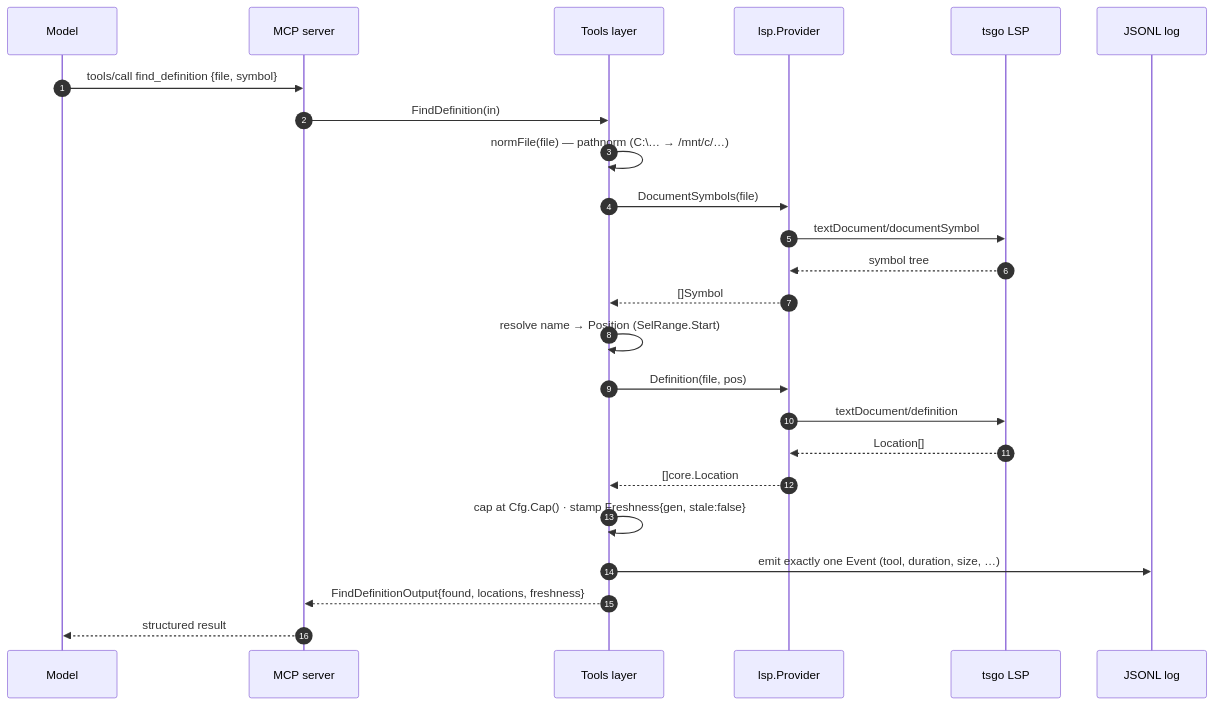
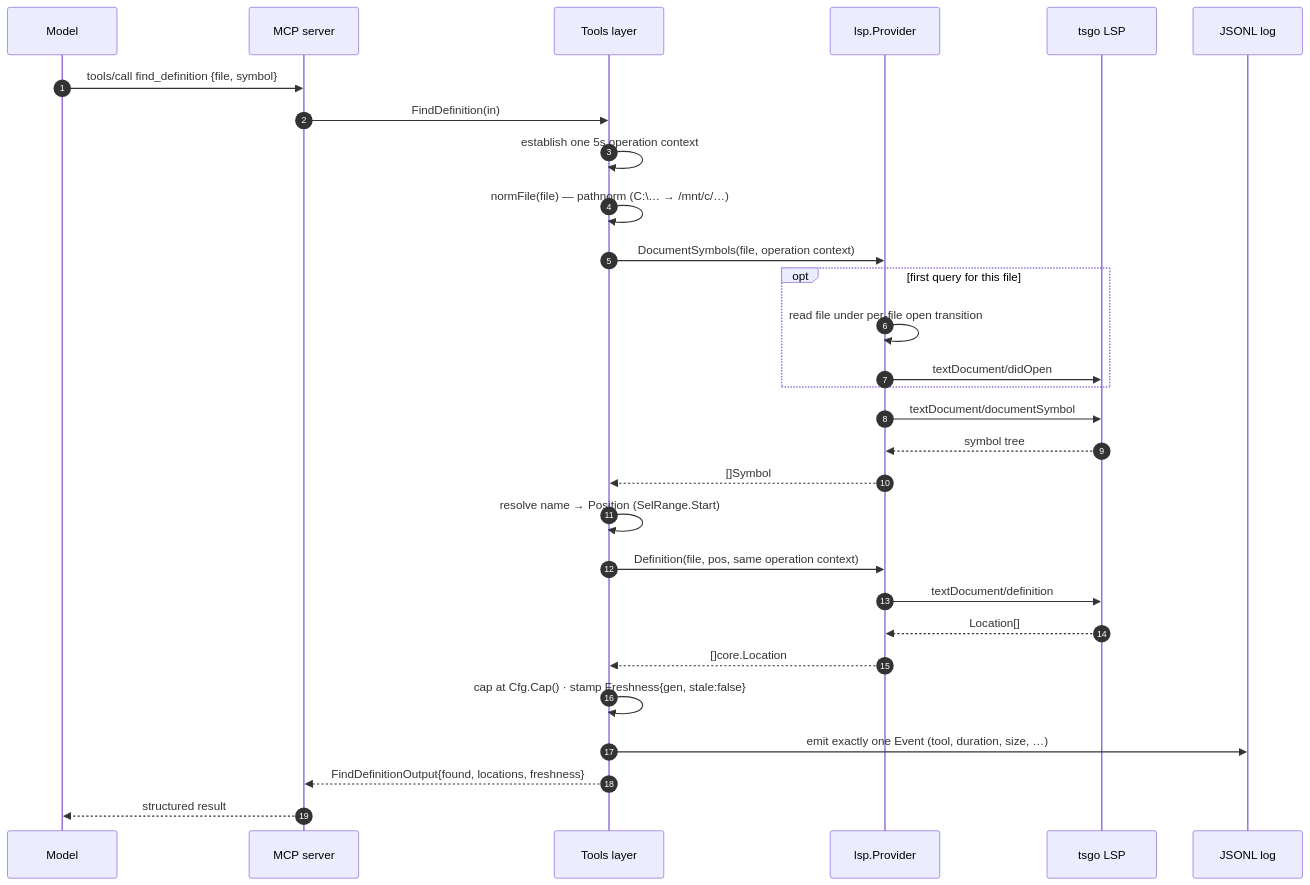
The second of 6 diagrams in ARCHITECTURE.md (skflowne/portolan), drawn with Mermaid before and after one commit. The commit also changed other lines of this file and 1 other file, not shown here.

Commit message:
Document whole-operation cancellation

````diff
--- a/ARCHITECTURE.md
+++ b/ARCHITECTURE.md
@@ -85,27 +85,32 @@
 ```mermaid
 sequenceDiagram
     autonumber
     participant M as Model
     participant S as MCP server
     participant T as Tools layer
     participant P as lsp.Provider
     participant G as tsgo LSP
     participant L as JSONL log
 
     M->>S: tools/call find_definition {file, symbol}
     S->>T: FindDefinition(in)
+    T->>T: establish one 5s operation context
     T->>T: normFile(file) — pathnorm (C:\… → /mnt/c/…)
-    T->>P: DocumentSymbols(file)
+    T->>P: DocumentSymbols(file, operation context)
+    opt first query for this file
+        P->>P: read file under per-file open transition
+        P->>G: textDocument/didOpen
+    end
     P->>G: textDocument/documentSymbol
     G-->>P: symbol tree
     P-->>T: []Symbol
     T->>T: resolve name → Position (SelRange.Start)
-    T->>P: Definition(file, pos)
+    T->>P: Definition(file, pos, same operation context)
     P->>G: textDocument/definition
     G-->>P: Location[]
     P-->>T: []core.Location
     T->>T: cap at Cfg.Cap() · stamp Freshness{gen, stale:false}
     T->>L: emit exactly one Event (tool, duration, size, …)
     T-->>S: FindDefinitionOutput{found, locations, freshness}
     S-->>M: structured result
 ```
````
